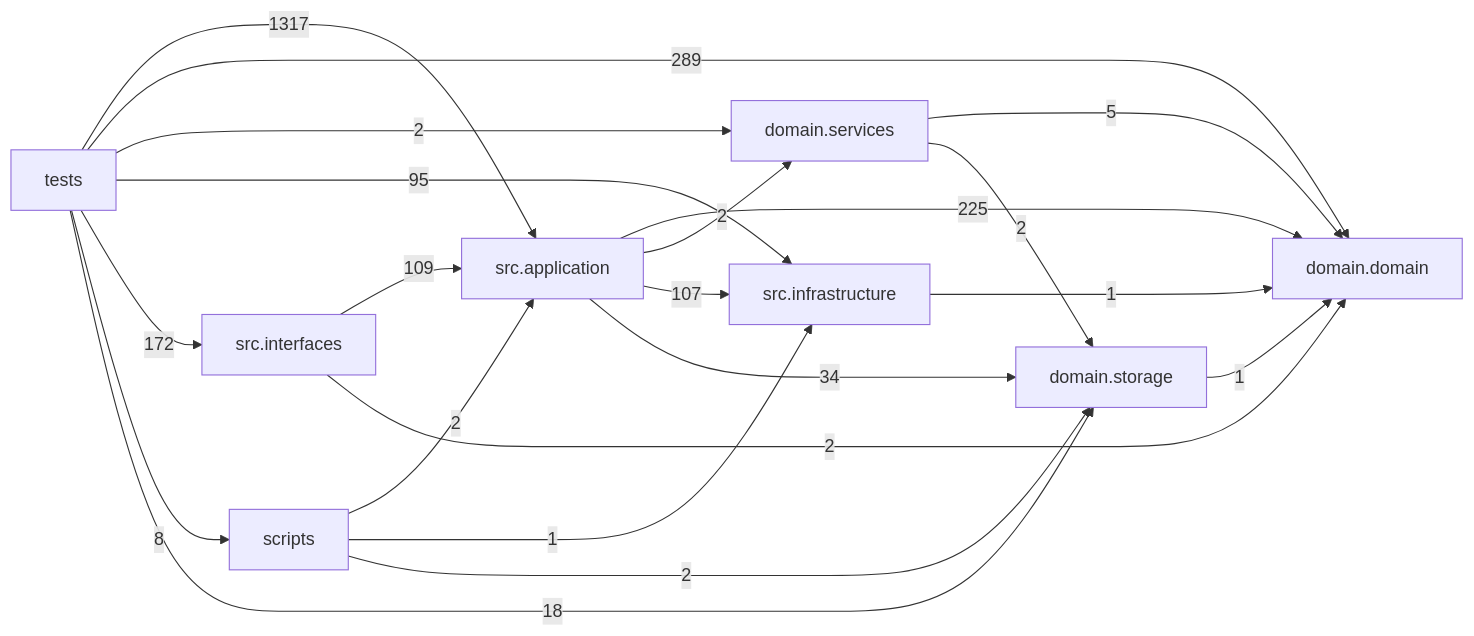
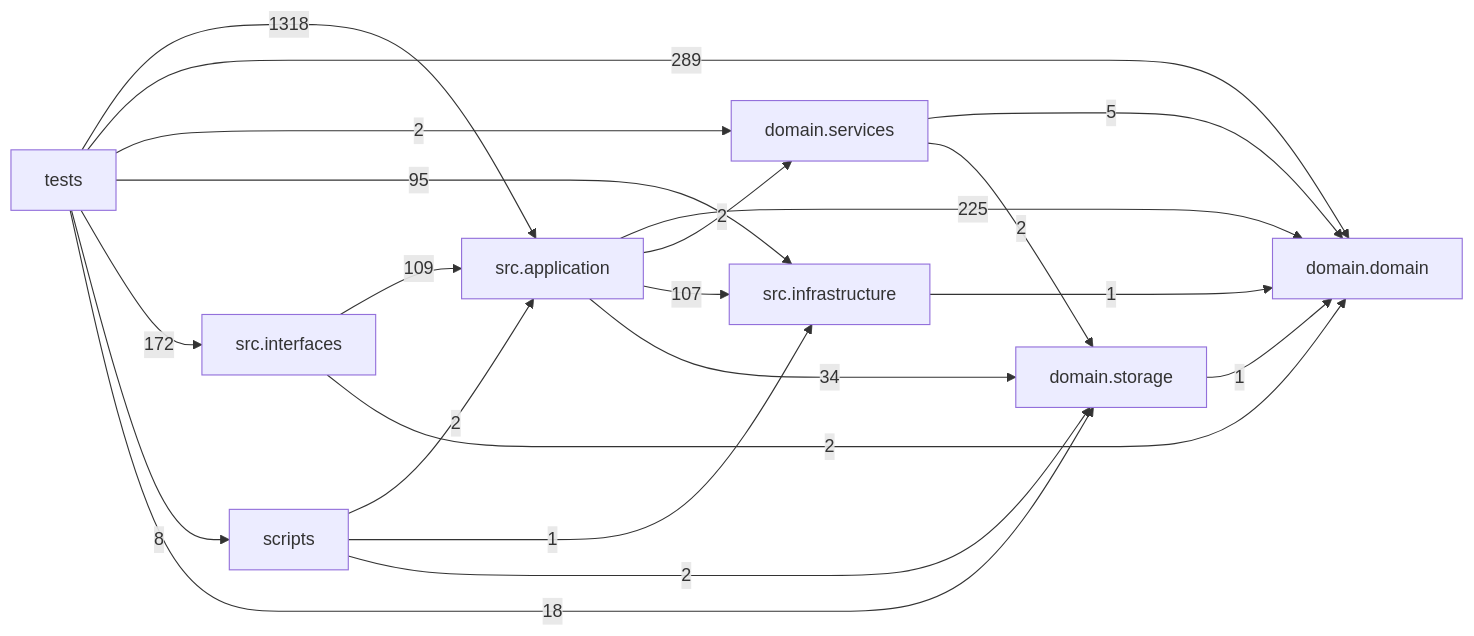
Before and after one commit to liuxie066/options-monitor: the diagram in docs/DEPENDENCY_GRAPH.md, drawn with Mermaid. The commit also changed other lines of this file and 1 other file, not shown here.

Commit message:
fix: refresh dependency graph for tool gateway naming

````diff
--- a/docs/DEPENDENCY_GRAPH.md
+++ b/docs/DEPENDENCY_GRAPH.md
@@ -24,31 +24,31 @@
 ```mermaid
 flowchart LR
   tests["tests"]
   scripts["scripts"]
   interfaces["src.interfaces"]
   application["src.application"]
   infrastructure["src.infrastructure"]
   domain_services["domain.services"]
   domain["domain.domain"]
   storage["domain.storage"]
   application -->|225| domain
   application -->|2| domain_services
   application -->|107| infrastructure
   application -->|34| storage
   domain_services -->|5| domain
   domain_services -->|2| storage
   infrastructure -->|1| domain
   interfaces -->|109| application
   interfaces -->|2| domain
   scripts -->|2| application
   scripts -->|1| infrastructure
   scripts -->|2| storage
   storage -->|1| domain
-  tests -->|1317| application
+  tests -->|1318| application
   tests -->|289| domain
   tests -->|2| domain_services
   tests -->|95| infrastructure
   tests -->|172| interfaces
   tests -->|8| scripts
   tests -->|18| storage
 ```
````
